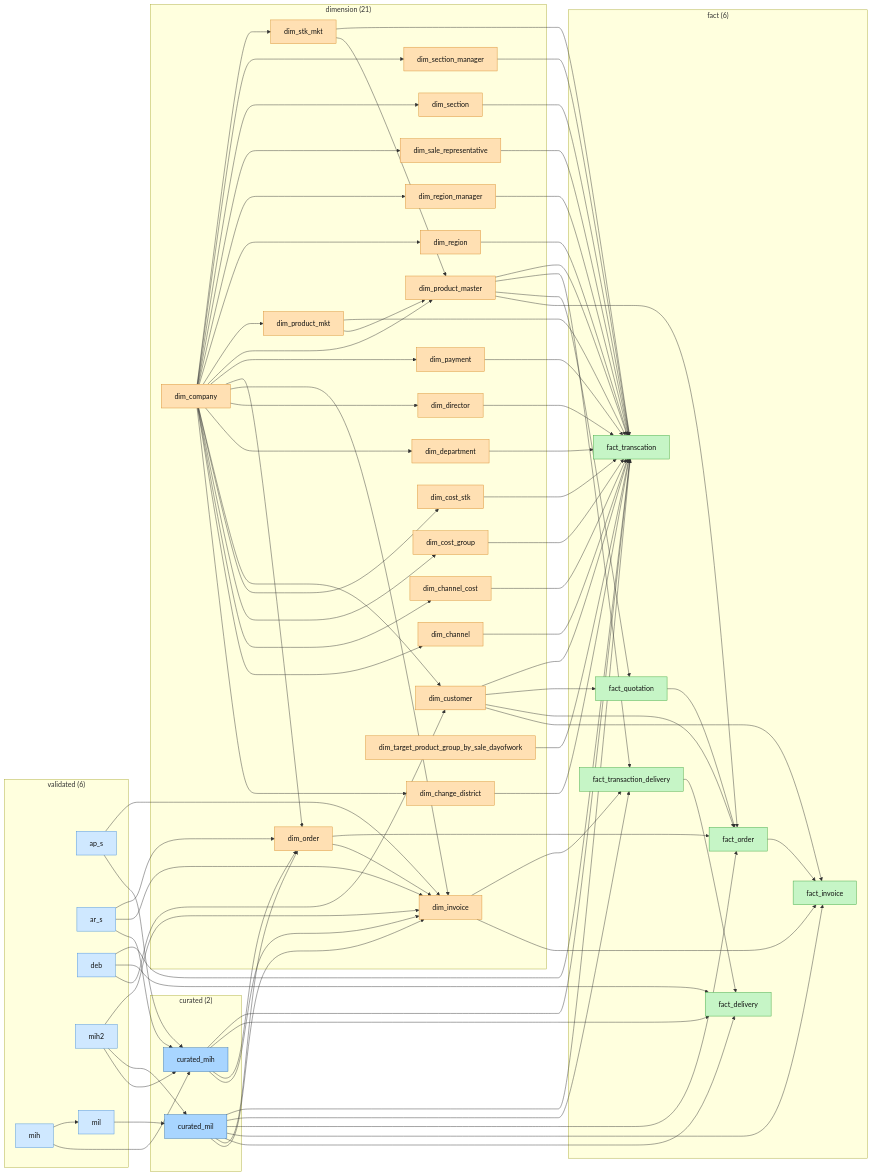
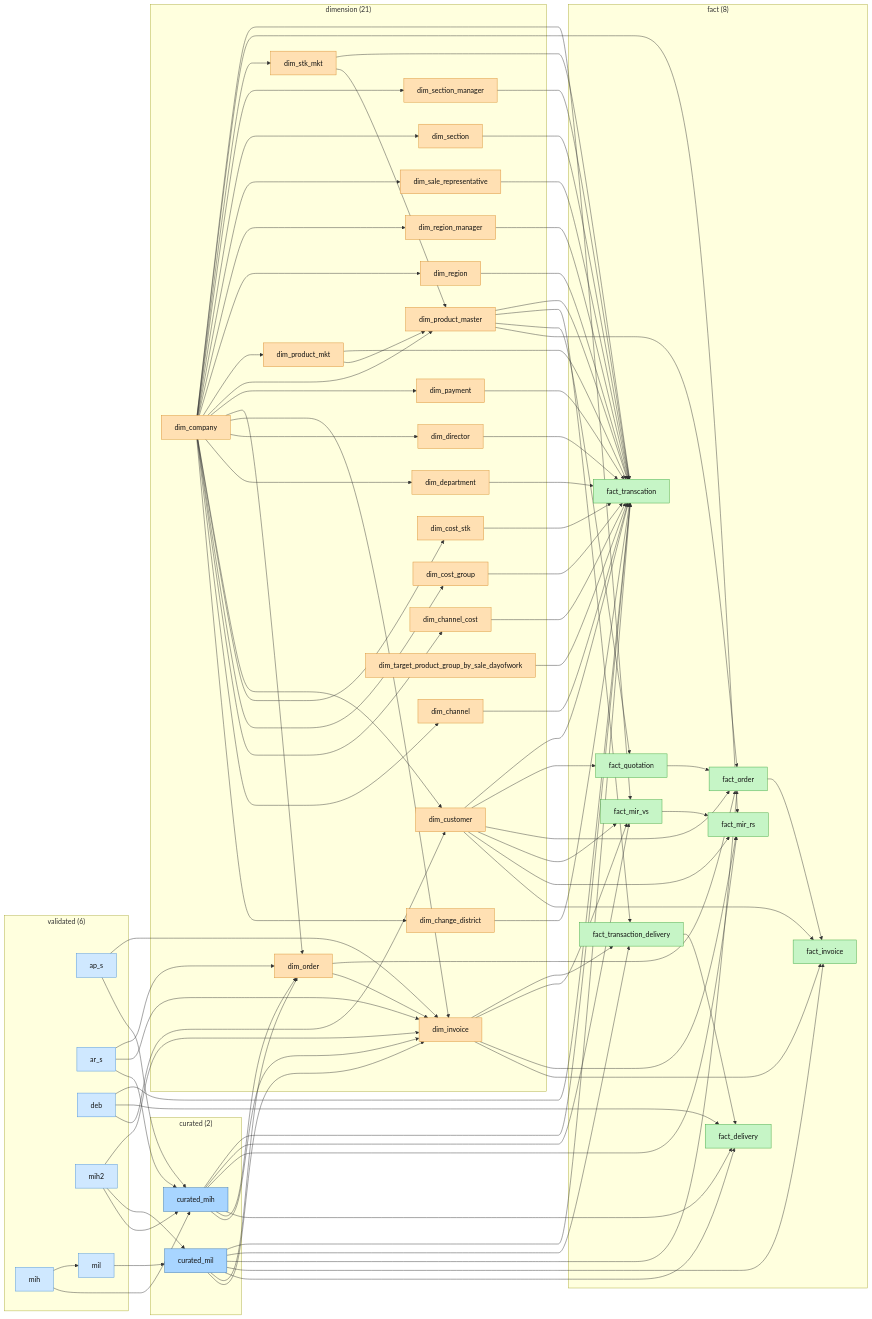
Before and after one commit to warayut-ALL-IN-AI/data-buffet: the sixth of 12 diagrams in document/diagrams/topic_flows.md, drawn with Mermaid. The commit also changed other lines of this file and 2 other files, not shown here.

````diff
--- a/document/diagrams/topic_flows.md
+++ b/document/diagrams/topic_flows.md
@@ -483,9 +531,11 @@
     dim_stk_mkt["dim_stk_mkt"]
     dim_target_product_group_by_sale_dayofwork["dim_target_product_group_by_sale_dayofwork"]
   end
-  subgraph fact["fact (6)"]
+  subgraph fact["fact (8)"]
     fact_delivery["fact_delivery"]
     fact_invoice["fact_invoice"]
+    fact_mir_rs["fact_mir_rs"]
+    fact_mir_vs["fact_mir_vs"]
     fact_order["fact_order"]
     fact_quotation["fact_quotation"]
     fact_transaction_delivery["fact_transaction_delivery"]
@@ -499,6 +549,8 @@
   curated_mih --> dim_invoice
   curated_mih --> dim_order
   curated_mih --> fact_delivery
+  curated_mih --> fact_mir_rs
+  curated_mih --> fact_mir_vs
   curated_mih --> fact_transcation
   curated_mil --> dim_invoice
   curated_mil --> dim_order
@@ -532,15 +584,21 @@
   dim_company --> dim_section
   dim_company --> dim_section_manager
   dim_company --> dim_stk_mkt
+  dim_company --> fact_mir_rs
+  dim_company --> fact_mir_vs
   dim_cost_group --> fact_transcation
   dim_cost_stk --> fact_transcation
   dim_customer --> fact_invoice
+  dim_customer --> fact_mir_rs
+  dim_customer --> fact_mir_vs
   dim_customer --> fact_order
   dim_customer --> fact_quotation
   dim_customer --> fact_transcation
   dim_department --> fact_transcation
   dim_director --> fact_transcation
   dim_invoice --> fact_invoice
+  dim_invoice --> fact_mir_rs
+  dim_invoice --> fact_mir_vs
   dim_invoice --> fact_transaction_delivery
   dim_order --> dim_invoice
   dim_order --> fact_order
@@ -559,6 +617,7 @@
   dim_stk_mkt --> dim_product_master
   dim_stk_mkt --> fact_transcation
   dim_target_product_group_by_sale_dayofwork --> fact_transcation
+  fact_mir_vs --> fact_mir_rs
   fact_order --> fact_invoice
   fact_quotation --> fact_order
   fact_transaction_delivery --> fact_delivery
@@ -576,5 +635,5 @@
   class ap_s,ar_s,deb,mih,mih2,mil validated;
   class curated_mih,curated_mil curated;
   class dim_change_district,dim_channel,dim_channel_cost,dim_company,dim_cost_group,dim_cost_stk,dim_customer,dim_department,dim_director,dim_invoice,dim_order,dim_payment,dim_product_master,dim_product_mkt,dim_region,dim_region_manager,dim_sale_representative,dim_section,dim_section_manager,dim_stk_mkt,dim_target_product_group_by_sale_dayofwork dimension;
-  class fact_delivery,fact_invoice,fact_order,fact_quotation,fact_transaction_delivery,fact_transcation fact;
+  class fact_delivery,fact_invoice,fact_mir_rs,fact_mir_vs,fact_order,fact_quotation,fact_transaction_delivery,fact_transcation fact;
 ```
````
